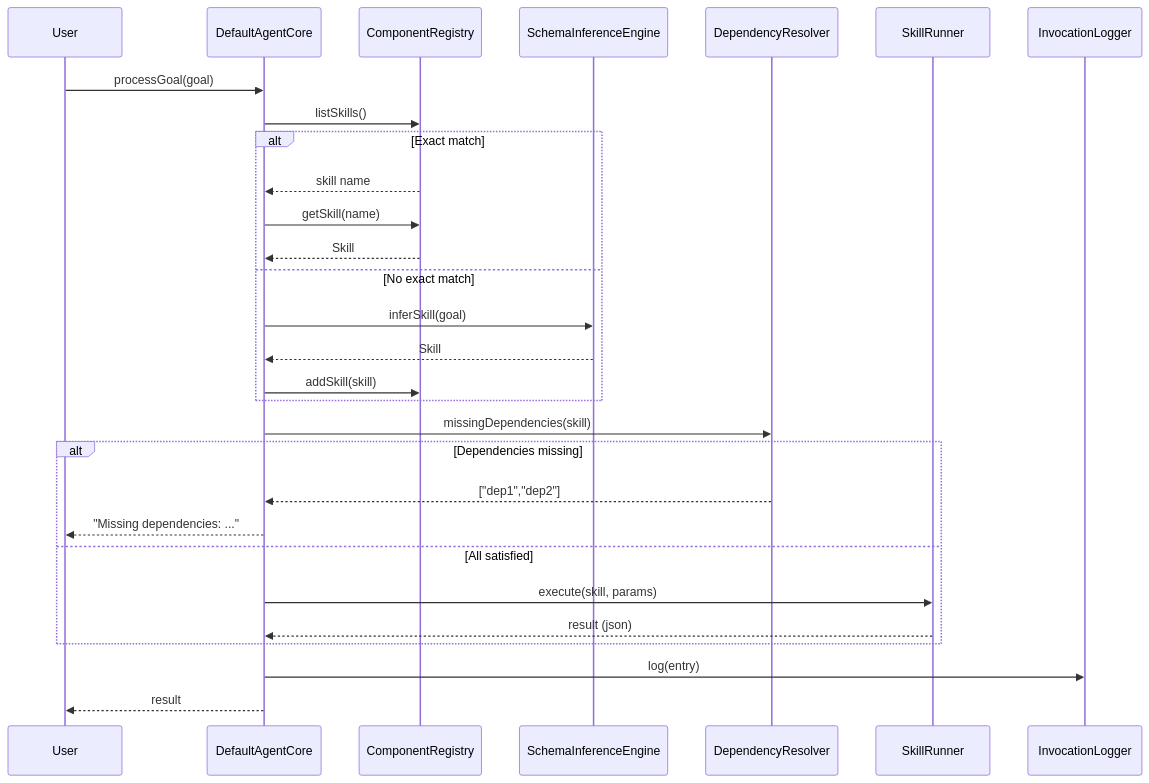
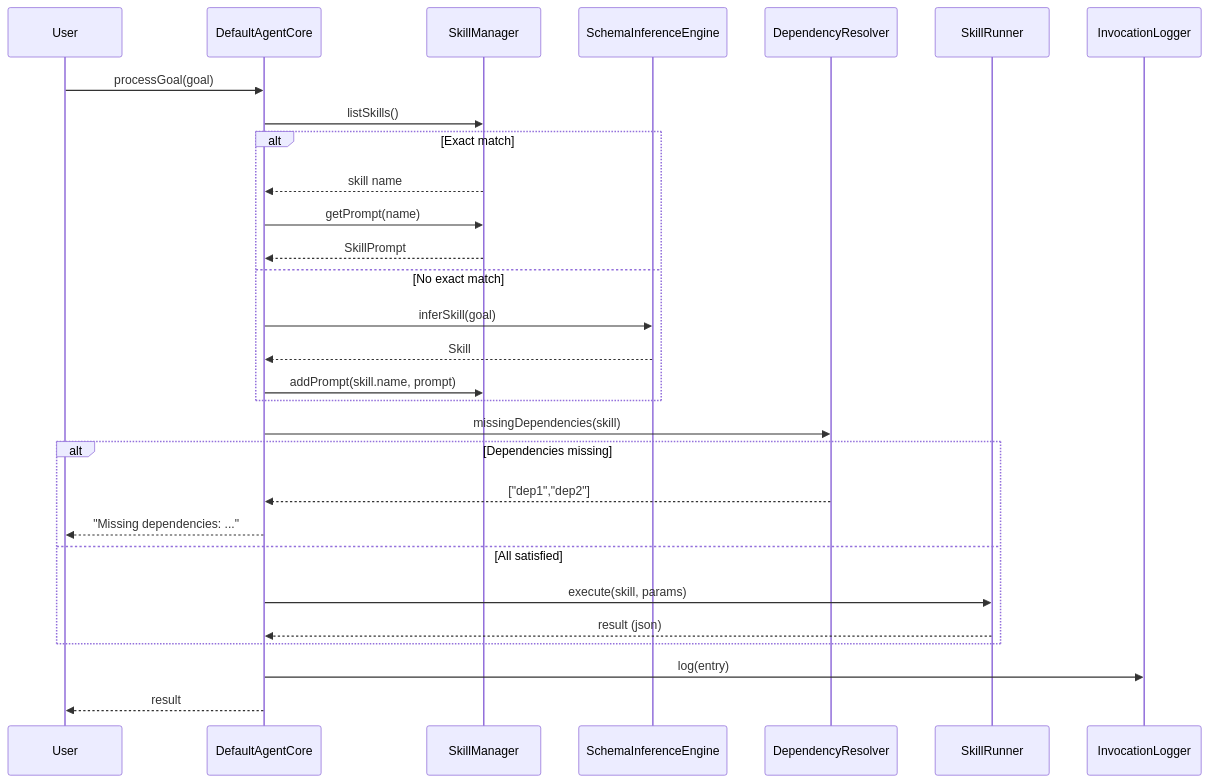
Before and after one commit to opensassi/a0: the second of 2 diagrams in src/agent_core.spec.md, drawn with Mermaid. The commit also changed other lines of this file and 40 other files, not shown here.

````diff
--- a/src/agent_core.spec.md
+++ b/src/agent_core.spec.md
@@ -99,32 +101,32 @@
 ```mermaid
 sequenceDiagram
     participant U as User
     participant AC as DefaultAgentCore
-    participant CR as ComponentRegistry
+    participant SM as SkillManager
     participant SIE as SchemaInferenceEngine
     participant DR as DependencyResolver
     participant SR as SkillRunner
     participant IL as InvocationLogger
 
     U->>AC: processGoal(goal)
-    AC->>CR: listSkills()
+    AC->>SM: listSkills()
     alt Exact match
-        CR-->>AC: skill name
-        AC->>CR: getSkill(name)
-        CR-->>AC: Skill
+        SM-->>AC: skill name
+        AC->>SM: getPrompt(name)
+        SM-->>AC: SkillPrompt
     else No exact match
         AC->>SIE: inferSkill(goal)
         SIE-->>AC: Skill
-        AC->>CR: addSkill(skill)
+        AC->>SM: addPrompt(skill.name, prompt)
     end
     AC->>DR: missingDependencies(skill)
     alt Dependencies missing
         DR-->>AC: ["dep1","dep2"]
         AC-->>U: "Missing dependencies: ..."
     else All satisfied
         AC->>SR: execute(skill, params)
         SR-->>AC: result (json)
     end
     AC->>IL: log(entry)
     AC-->>U: result
 ```
````
